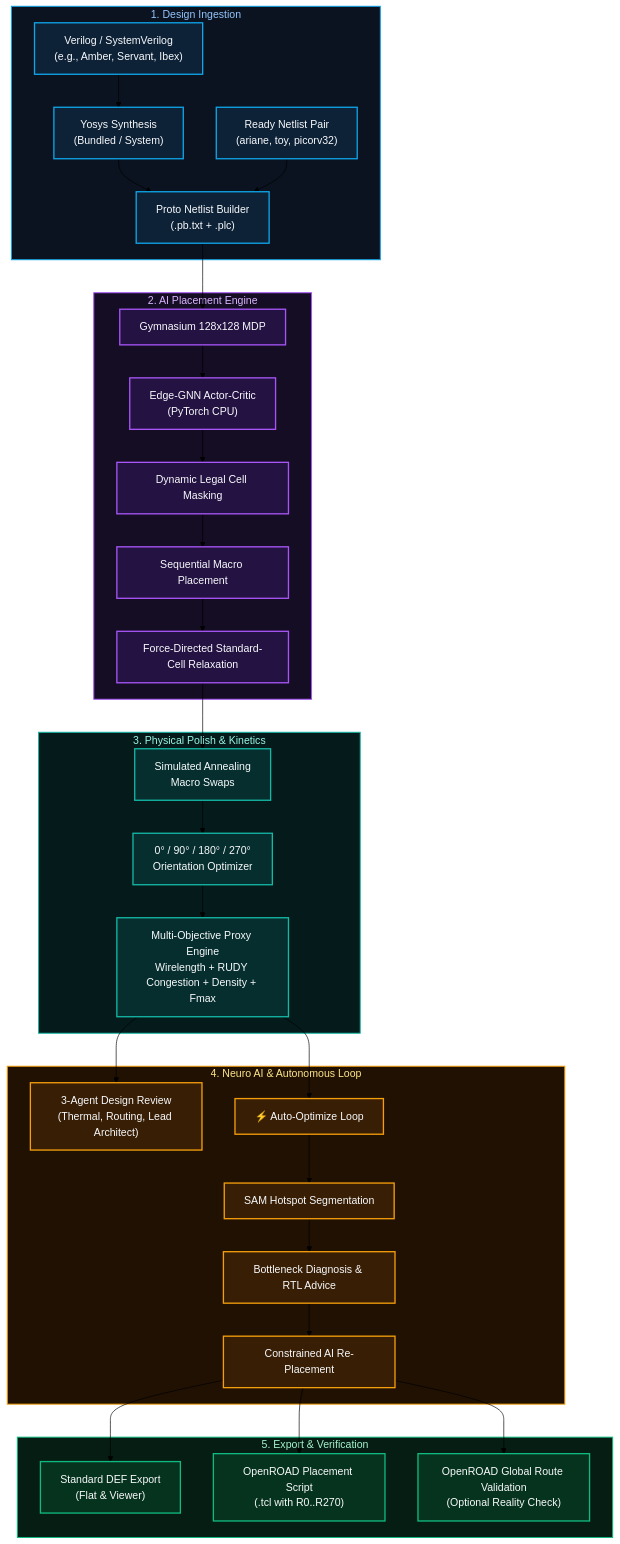
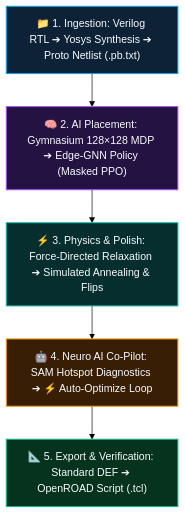
One commit to IndhirajithHari/neuro-silicon changed the diagram in README.md. Above: the diagram before and after it, drawn with Mermaid (forest theme). The commit also changed other lines of this file, not shown here.

Commit message:
docs: Compact architectural workflow flowchart into streamlined 5-stage overview

````diff
--- a/README.md
+++ b/README.md
@@ -54,48 +54,16 @@
 ```mermaid
 flowchart TD
-    classDef cIngestion fill:#0d2137,stroke:#0ea5e9,stroke-width:2px,color:#f8fafc;
-    classDef cEngine fill:#241242,stroke:#a855f7,stroke-width:2px,color:#f8fafc;
-    classDef cPolish fill:#062e2e,stroke:#14b8a6,stroke-width:2px,color:#f8fafc;
-    classDef cAiLoop fill:#381e05,stroke:#f59e0b,stroke-width:2px,color:#f8fafc;
-    classDef cOutputs fill:#06331e,stroke:#10b981,stroke-width:2px,color:#f8fafc;
+    classDef c1 fill:#0d2137,stroke:#0ea5e9,stroke-width:1.5px,color:#f8fafc;
+    classDef c2 fill:#241242,stroke:#a855f7,stroke-width:1.5px,color:#f8fafc;
+    classDef c3 fill:#062e2e,stroke:#14b8a6,stroke-width:1.5px,color:#f8fafc;
+    classDef c4 fill:#381e05,stroke:#f59e0b,stroke-width:1.5px,color:#f8fafc;
+    classDef c5 fill:#06331e,stroke:#10b981,stroke-width:1.5px,color:#f8fafc;
 
-    subgraph INGESTION ["1. Design Ingestion"]
-        RTL["Verilog / SystemVerilog\n(e.g., Amber, Servant, Ibex)"]:::cIngestion --> YOSYS["Yosys Synthesis\n(Bundled / System)"]:::cIngestion
-        YOSYS --> PROTO["Proto Netlist Builder\n(.pb.txt + .plc)"]:::cIngestion
-        READY["Ready Netlist Pair\n(ariane, toy, picorv32)"]:::cIngestion --> PROTO
-    end
+    S1["📁 1. Ingestion: Verilog RTL ➔ Yosys Synthesis ➔ Proto Netlist (.pb.txt)"]:::c1
+    S2["🧠 2. AI Placement: Gymnasium 128×128 MDP ➔ Edge-GNN Policy (Masked PPO)"]:::c2
+    S3["⚡ 3. Physics & Polish: Force-Directed Relaxation ➔ Simulated Annealing & Flips"]:::c3
+    S4["🤖 4. Neuro AI Co-Pilot: SAM Hotspot Diagnostics ➔ ⚡ Auto-Optimize Loop"]:::c4
+    S5["📐 5. Export & Verification: Standard DEF ➔ OpenROAD Script (.tcl)"]:::c5
 
-    subgraph ENGINE ["2. AI Placement Engine"]
-        PROTO --> MDP["Gymnasium 128x128 MDP"]:::cEngine
-        MDP --> GNN["Edge-GNN Actor-Critic\n(PyTorch CPU)"]:::cEngine
-        GNN --> MASK["Dynamic Legal Cell Masking"]:::cEngine
-        MASK --> PLACE["Sequential Macro Placement"]:::cEngine
-        PLACE --> RELAX["Force-Directed Standard-Cell Relaxation"]:::cEngine
-    end
-
-    subgraph POLISH ["3. Physical Polish & Kinetics"]
-        RELAX --> SA["Simulated Annealing\nMacro Swaps"]:::cPolish
-        SA --> FLIP["0° / 90° / 180° / 270°\nOrientation Optimizer"]:::cPolish
-        FLIP --> PROXY["Multi-Objective Proxy Engine\nWirelength + RUDY Congestion + Density + Fmax"]:::cPolish
-    end
-
-    subgraph AI_LOOP ["4. Neuro AI & Autonomous Loop"]
-        PROXY --> REVIEW["3-Agent Design Review\n(Thermal, Routing, Lead Architect)"]:::cAiLoop
-        PROXY --> AUTOLOOP["⚡ Auto-Optimize Loop"]:::cAiLoop
-        AUTOLOOP --> SAM["SAM Hotspot Segmentation"]:::cAiLoop
-        SAM --> ADVICE["Bottleneck Diagnosis & RTL Advice"]:::cAiLoop
-        ADVICE --> REPUTE["Constrained AI Re-Placement"]:::cAiLoop
-    end
-
-    subgraph OUTPUTS ["5. Export & Verification"]
-        REPUTE --> DEF["Standard DEF Export\n(Flat & Viewer)"]:::cOutputs
-        REPUTE --> TCL["OpenROAD Placement Script\n(.tcl with R0..R270)"]:::cOutputs
-        REPUTE --> ROUTE["OpenROAD Global Route Validation\n(Optional Reality Check)"]:::cOutputs
-    end
-
-    style INGESTION fill:#0b1320,stroke:#0ea5e9,stroke-width:1.5px,color:#93c5fd
-    style ENGINE fill:#150d24,stroke:#a855f7,stroke-width:1.5px,color:#d8b4fe
-    style POLISH fill:#051b1b,stroke:#14b8a6,stroke-width:1.5px,color:#99f6e4
-    style AI_LOOP fill:#201103,stroke:#f59e0b,stroke-width:1.5px,color:#fde68a
-    style OUTPUTS fill:#051d12,stroke:#10b981,stroke-width:1.5px,color:#a7f3d0
+    S1 --> S2 --> S3 --> S4 --> S5
 ```
````
